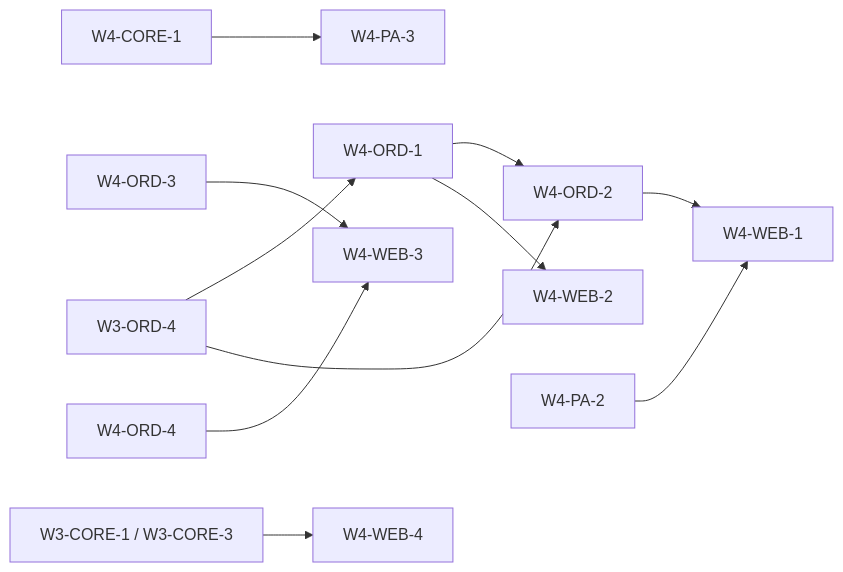
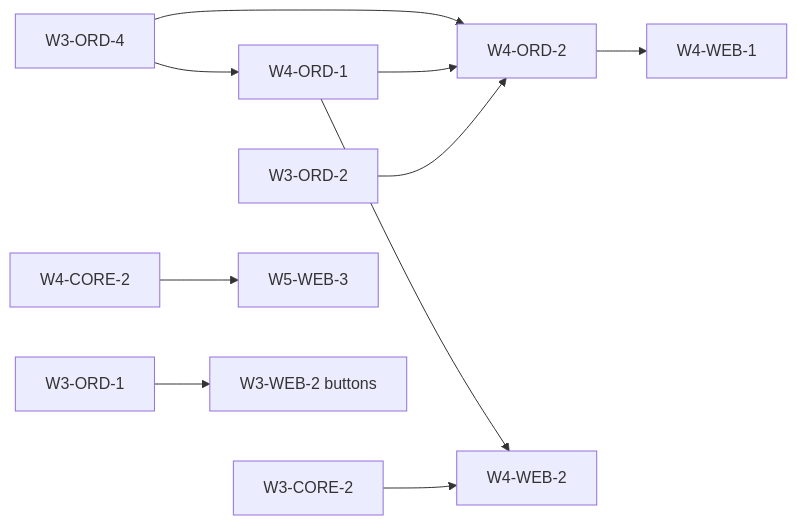
Before and after one commit to Tecso-Dev/sarmiz: the diagram in docs/handoffs/week-4/README.md, drawn with Mermaid. The commit also changed other lines of this file and 79 other files, not shown here.

````diff
--- a/docs/handoffs/week-4/README.md
+++ b/docs/handoffs/week-4/README.md
@@ -56,13 +65,12 @@
 ```mermaid
 flowchart LR
-  D["W3-ORD-4"] --> O1["W4-ORD-1"]
-  D --> O2["W4-ORD-2"]
+  D[W3-ORD-4] --> O1[W4-ORD-1]
+  D --> O2[W4-ORD-2]
   O1 --> O2
-  O2 --> W1["W4-WEB-1"]
-  O1 --> W2["W4-WEB-2"]
-  C1["W4-CORE-1"] --> P3["W4-PA-3"]
-  P2["W4-PA-2"] --> W1
-  O3["W4-ORD-3"] --> W3["W4-WEB-3"]
-  O4["W4-ORD-4"] --> W3
-  K["W3-CORE-1 / W3-CORE-3"] --> W4["W4-WEB-4"]
+  R2[W3-ORD-2] --> O2
+  O2 --> W1[W4-WEB-1]
+  O1 --> W2[W4-WEB-2]
+  C2[W3-CORE-2] --> W2
+  A[W4-CORE-2] --> W3[W5-WEB-3]
+  S[W3-ORD-1] --> WB[W3-WEB-2 buttons]
 ```
````
